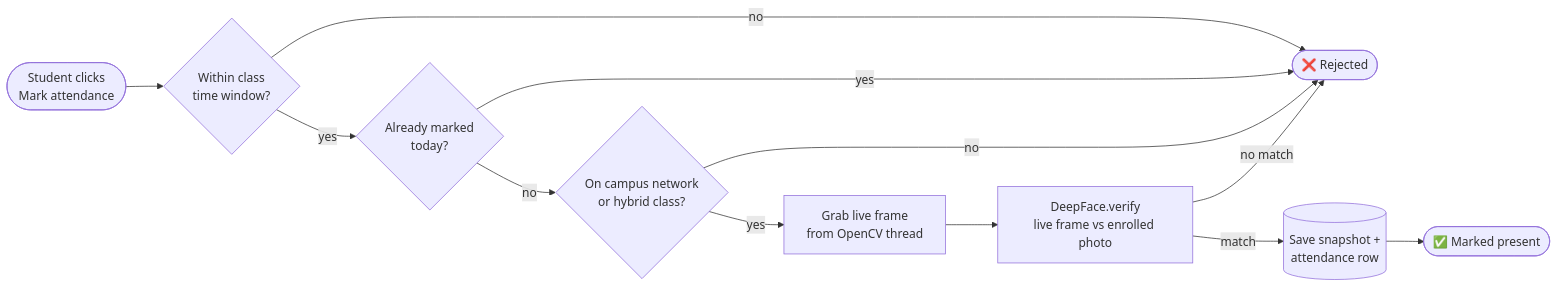
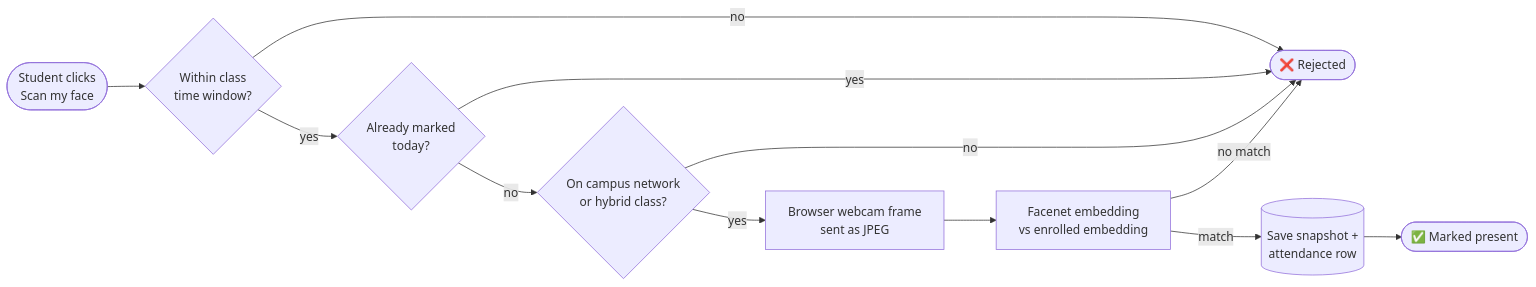
The first of 2 diagrams in README.md (Divansshi/face-attendance-system), drawn with Mermaid before and after one commit. The commit also changed other lines of this file and 23 other files, not shown here.

````diff
--- a/README.md
+++ b/README.md
@@ -57,14 +57,14 @@
 ```mermaid
 flowchart LR
-    A([Student clicks<br/>Mark attendance]) --> B{Within class<br/>time window?}
+    A([Student clicks<br/>Scan my face]) --> B{Within class<br/>time window?}
     B -- no --> X([❌ Rejected])
     B -- yes --> C{Already marked<br/>today?}
     C -- yes --> X
     C -- no --> D{On campus network<br/>or hybrid class?}
     D -- no --> X
-    D -- yes --> E[Grab live frame<br/>from OpenCV thread]
-    E --> F[DeepFace.verify<br/>live frame vs enrolled photo]
+    D -- yes --> E[Browser webcam frame<br/>sent as JPEG]
+    E --> F[Facenet embedding<br/>vs enrolled embedding]
     F -- no match --> X
     F -- match --> G[(Save snapshot +<br/>attendance row)]
     G --> H([✅ Marked present])
 ```
````
